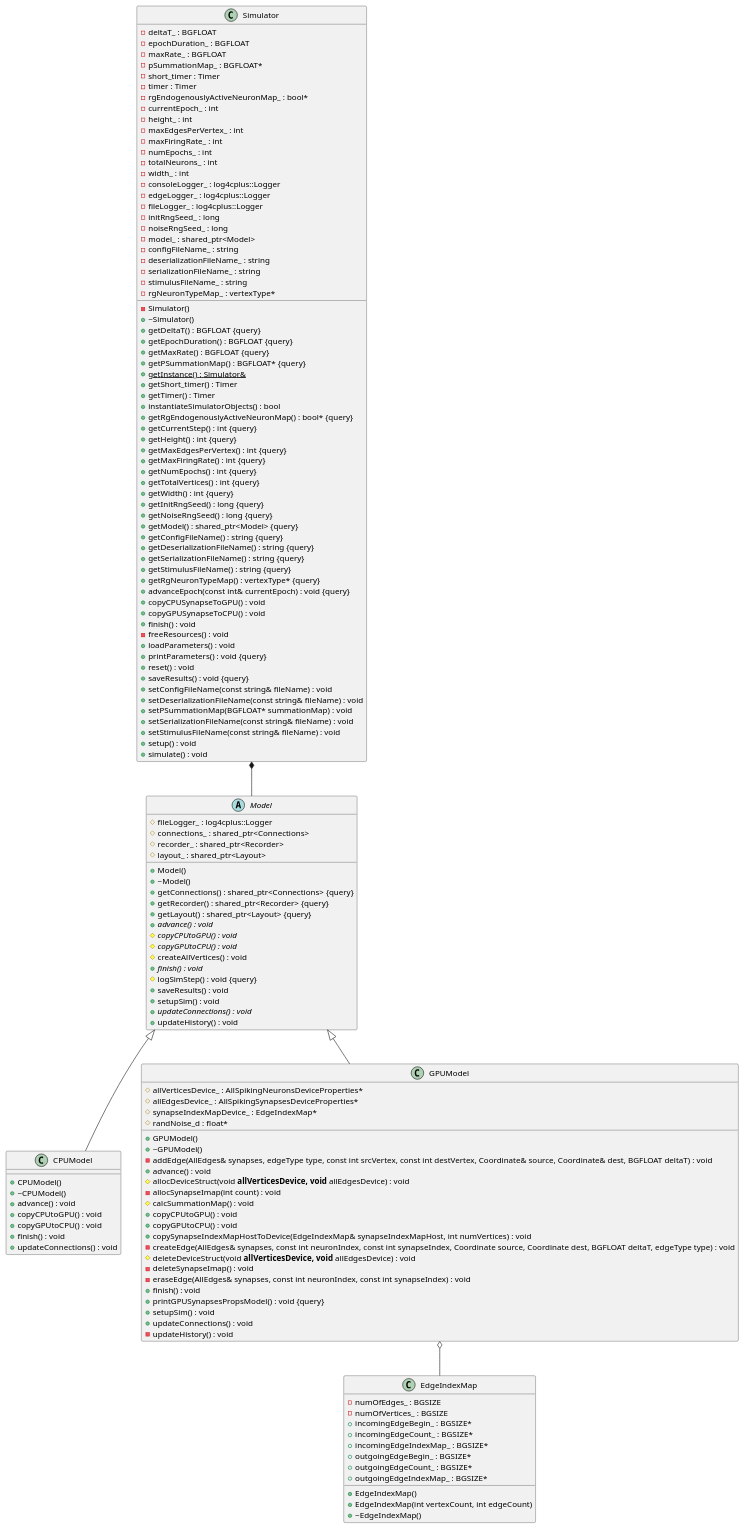
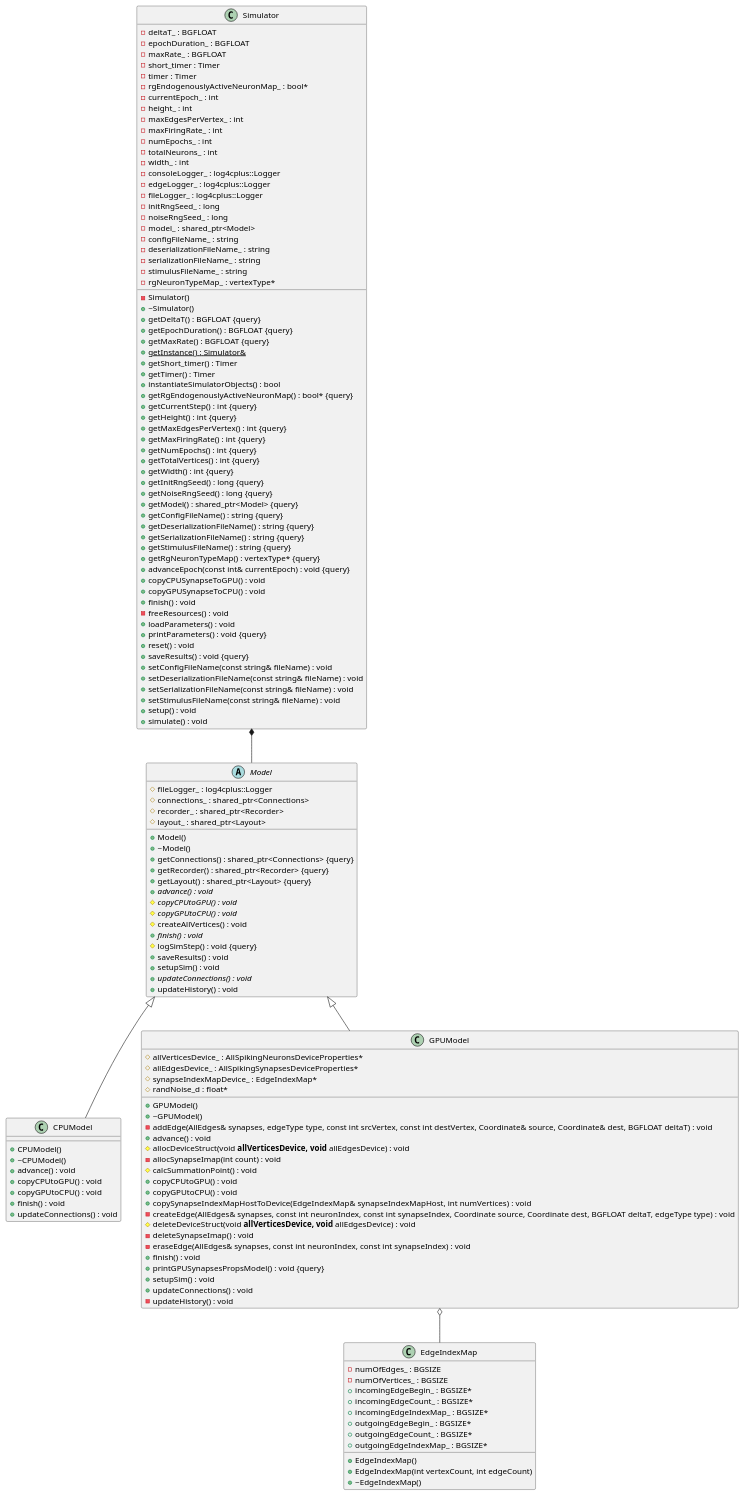
Before and after one commit to UWB-Biocomputing/Graphitti: the diagram in docs/Developer/ClassDiagrams/core.puml, drawn with PlantUML. The commit also changed 27 other files, not shown here.

Commit message:
Renamed summationMap to summationPoints

```diff
--- a/docs/Developer/ClassDiagrams/core.puml
+++ b/docs/Developer/ClassDiagrams/core.puml
@@ -1,181 +1,178 @@
 @startuml GraphittiCoreClassDiagram
 
 
 
 
 
 /' Objects '/
 
 class CPUModel {
 	+CPUModel()
 	+~CPUModel()
 	+advance() : void
 	+copyCPUtoGPU() : void
 	+copyGPUtoCPU() : void
 	+finish() : void
 	+updateConnections() : void
 }
 
 
 class GPUModel {
 	+GPUModel()
 	+~GPUModel()
 	#allVerticesDevice_ : AllSpikingNeuronsDeviceProperties*
 	#allEdgesDevice_ : AllSpikingSynapsesDeviceProperties*
 	#synapseIndexMapDevice_ : EdgeIndexMap*
 	#randNoise_d : float*
 	-addEdge(AllEdges& synapses, edgeType type, const int srcVertex, const int destVertex, Coordinate& source, Coordinate& dest, BGFLOAT deltaT) : void
 	+advance() : void
 	#allocDeviceStruct(void** allVerticesDevice, void** allEdgesDevice) : void
 	-allocSynapseImap(int count) : void
-	#calcSummationMap() : void
+	#calcSummationPoint() : void
 	+copyCPUtoGPU() : void
 	+copyGPUtoCPU() : void
 	+copySynapseIndexMapHostToDevice(EdgeIndexMap& synapseIndexMapHost, int numVertices) : void
 	-createEdge(AllEdges& synapses, const int neuronIndex, const int synapseIndex, Coordinate source, Coordinate dest, BGFLOAT deltaT, edgeType type) : void
 	#deleteDeviceStruct(void** allVerticesDevice, void** allEdgesDevice) : void
 	-deleteSynapseImap() : void
 	-eraseEdge(AllEdges& synapses, const int neuronIndex, const int synapseIndex) : void
 	+finish() : void
 	+printGPUSynapsesPropsModel() : void {query}
 	+setupSim() : void
 	+updateConnections() : void
 	-updateHistory() : void
 }
 
 
 abstract class Model {
 	+Model()
 	+~Model()
 	#fileLogger_ : log4cplus::Logger
 	#connections_ : shared_ptr<Connections>
 	+getConnections() : shared_ptr<Connections> {query}
 	+getRecorder() : shared_ptr<Recorder> {query}
 	#recorder_ : shared_ptr<Recorder>
 	+getLayout() : shared_ptr<Layout> {query}
 	#layout_ : shared_ptr<Layout>
 	+{abstract} advance() : void
 	#{abstract} copyCPUtoGPU() : void
 	#{abstract} copyGPUtoCPU() : void
 	#createAllVertices() : void
 	+{abstract} finish() : void
 	#logSimStep() : void {query}
 	+saveResults() : void
 	+setupSim() : void
 	+{abstract} updateConnections() : void
 	+updateHistory() : void
 }
 
 
 class Simulator {
 	-Simulator()
 	+~Simulator()
 	-deltaT_ : BGFLOAT
 	-epochDuration_ : BGFLOAT
 	+getDeltaT() : BGFLOAT {query}
 	+getEpochDuration() : BGFLOAT {query}
 	+getMaxRate() : BGFLOAT {query}
 	-maxRate_ : BGFLOAT
-	+getPSummationMap() : BGFLOAT* {query}
-	-pSummationMap_ : BGFLOAT*
 	+{static} getInstance() : Simulator&
 	+getShort_timer() : Timer
 	+getTimer() : Timer
 	-short_timer : Timer
 	-timer : Timer
 	+instantiateSimulatorObjects() : bool
 	+getRgEndogenouslyActiveNeuronMap() : bool* {query}
 	-rgEndogenouslyActiveNeuronMap_ : bool*
 	-currentEpoch_ : int
 	+getCurrentStep() : int {query}
 	+getHeight() : int {query}
 	+getMaxEdgesPerVertex() : int {query}
 	+getMaxFiringRate() : int {query}
 	+getNumEpochs() : int {query}
 	+getTotalVertices() : int {query}
 	+getWidth() : int {query}
 	-height_ : int
 	-maxEdgesPerVertex_ : int
 	-maxFiringRate_ : int
 	-numEpochs_ : int
 	-totalNeurons_ : int
 	-width_ : int
 	-consoleLogger_ : log4cplus::Logger
 	-edgeLogger_ : log4cplus::Logger
 	-fileLogger_ : log4cplus::Logger
 	+getInitRngSeed() : long {query}
 	+getNoiseRngSeed() : long {query}
 	-initRngSeed_ : long
 	-noiseRngSeed_ : long
 	+getModel() : shared_ptr<Model> {query}
 	-model_ : shared_ptr<Model>
 	-configFileName_ : string
 	-deserializationFileName_ : string
 	+getConfigFileName() : string {query}
 	+getDeserializationFileName() : string {query}
 	+getSerializationFileName() : string {query}
 	+getStimulusFileName() : string {query}
 	-serializationFileName_ : string
 	-stimulusFileName_ : string
 	+getRgNeuronTypeMap() : vertexType* {query}
 	-rgNeuronTypeMap_ : vertexType*
 	+advanceEpoch(const int& currentEpoch) : void {query}
 	+copyCPUSynapseToGPU() : void
 	+copyGPUSynapseToCPU() : void
 	+finish() : void
 	-freeResources() : void
 	+loadParameters() : void
 	+printParameters() : void {query}
 	+reset() : void
 	+saveResults() : void {query}
 	+setConfigFileName(const string& fileName) : void
 	+setDeserializationFileName(const string& fileName) : void
-	+setPSummationMap(BGFLOAT* summationMap) : void
 	+setSerializationFileName(const string& fileName) : void
 	+setStimulusFileName(const string& fileName) : void
 	+setup() : void
 	+simulate() : void
 }
 
 
 class EdgeIndexMap {
 	+EdgeIndexMap()
 	+EdgeIndexMap(int vertexCount, int edgeCount)
 	+~EdgeIndexMap()
 	-numOfEdges_ : BGSIZE
 	-numOfVertices_ : BGSIZE
 	+incomingEdgeBegin_ : BGSIZE*
 	+incomingEdgeCount_ : BGSIZE*
 	+incomingEdgeIndexMap_ : BGSIZE*
 	+outgoingEdgeBegin_ : BGSIZE*
 	+outgoingEdgeCount_ : BGSIZE*
 	+outgoingEdgeIndexMap_ : BGSIZE*
 }
 
 
 
 
 
 /' Inheritance relationships '/
 
 .Model <|-- .CPUModel
 
 
 .Model <|-- .GPUModel
 
 
 
 
 
 /' Aggregation relationships '/
 
 .GPUModel o-- .EdgeIndexMap
 
 .Simulator *-- .Model
 
 
 
 
 
 
 @enduml
```
